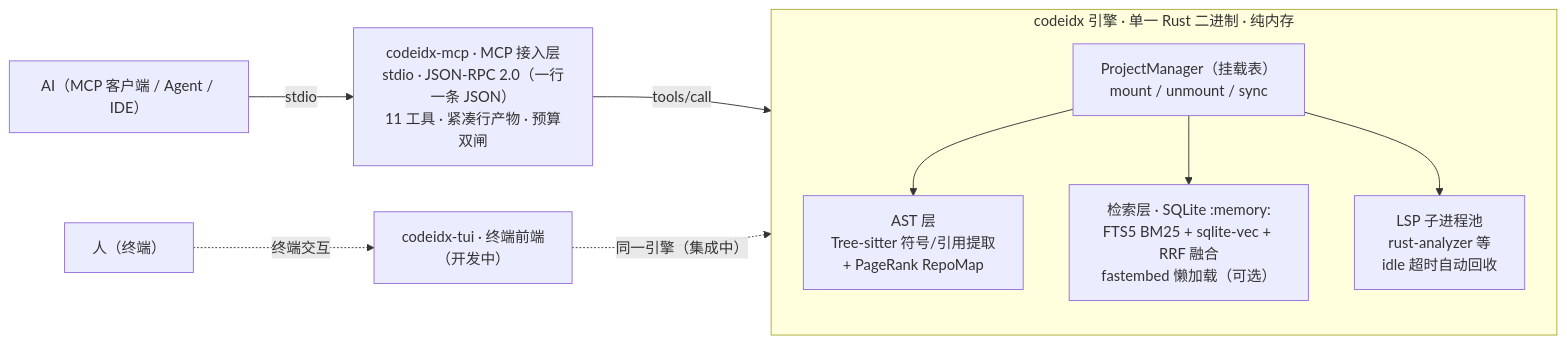
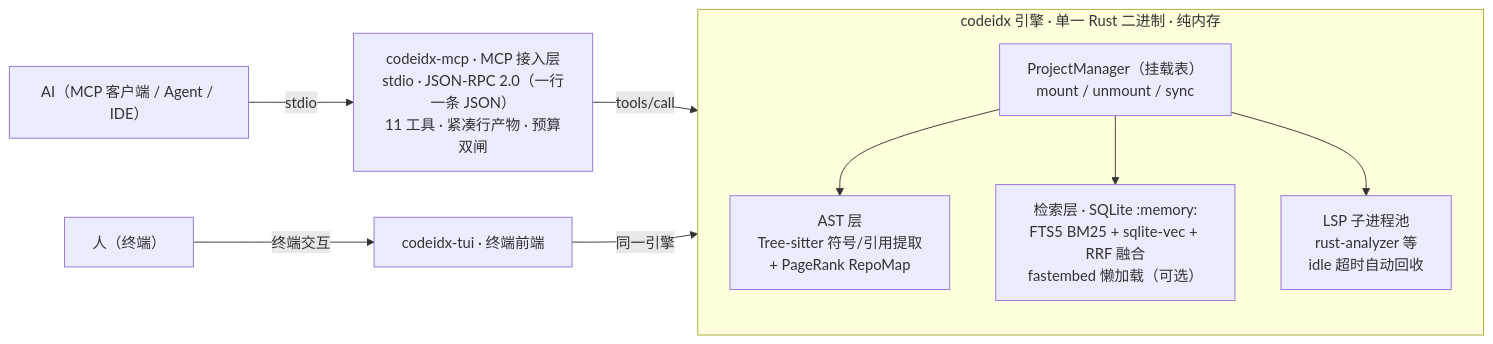
Before and after one commit to Thatgfsj/codeidx: the diagram in README.md, drawn with Mermaid. The commit also changed other lines of this file and 6 other files, not shown here.

````diff
--- a/README.md
+++ b/README.md
@@ -212,23 +219,23 @@
 ```mermaid
 flowchart LR
     AI["AI（MCP 客户端 / Agent / IDE）"]
     H["人（终端）"]
     MCP["codeidx-mcp · MCP 接入层<br/>stdio · JSON-RPC 2.0（一行一条 JSON）<br/>11 工具 · 紧凑行产物 · 预算双闸"]
-    TUI["codeidx-tui · 终端前端<br/>（开发中）"]
+    TUI["codeidx-tui · 终端前端"]
 
     subgraph ENG["codeidx 引擎 · 单一 Rust 二进制 · 纯内存"]
         direction TB
         M["ProjectManager（挂载表）<br/>mount / unmount / sync"]
         A["AST 层<br/>Tree-sitter 符号/引用提取<br/>+ PageRank RepoMap"]
         F["检索层 · SQLite :memory:<br/>FTS5 BM25 + sqlite-vec + RRF 融合<br/>fastembed 懒加载（可选）"]
         L["LSP 子进程池<br/>rust-analyzer 等<br/>idle 超时自动回收"]
         M --> A
         M --> F
         M --> L
     end
 
     AI -->|"stdio"| MCP
     MCP -->|"tools/call"| ENG
-    H -.->|"终端交互"| TUI
-    TUI -.->|"同一引擎（集成中）"| ENG
+    H -->|"终端交互"| TUI
+    TUI -->|"同一引擎"| ENG
 ```
````
